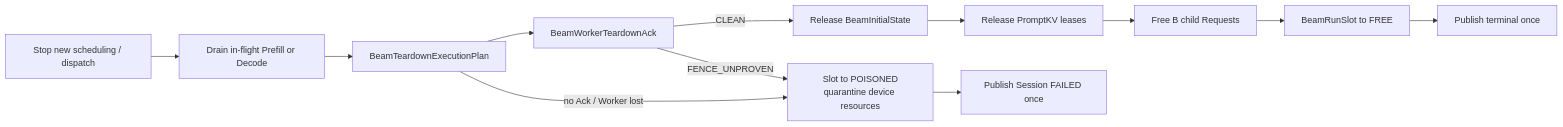
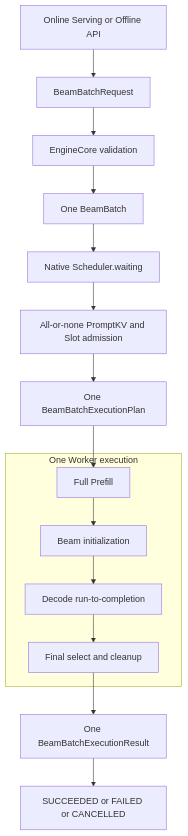
The ninth of 9 diagrams in vllm-GR/enginecore_to_scheduler_beam_scheduling_design.md (zhanghanleo10/gr-related), drawn with Mermaid before and after one commit. The commit also changed other lines of this file, not shown here.

Commit message:
docs: simplify Beam Batch scheduling

````diff
--- a/vllm-GR/enginecore_to_scheduler_beam_scheduling_design.md
+++ b/vllm-GR/enginecore_to_scheduler_beam_scheduling_design.md
@@ -1276,20 +2024,31 @@
 ```mermaid
-flowchart LR
-    STOP[Stop new scheduling / dispatch]
-    FENCE[Drain in-flight Prefill or Decode]
-    TEARDOWN[BeamTeardownExecutionPlan]
-    ACK[BeamWorkerTeardownAck]
-    STATE[Release BeamInitialState]
-    PROMPT[Release PromptKV leases]
-    CHILD[Free B child Requests]
-    SLOT[BeamRunSlot to FREE]
-    FINAL[Publish terminal once]
-    POISON[Slot to POISONED<br/>quarantine device resources]
-    FAIL[Publish Session FAILED once]
+flowchart TB
+    FRONT[Online Serving or Offline API]
+    REQUEST[BeamBatchRequest]
+    CHECK[EngineCore validation]
+    BATCH[One BeamBatch]
+    WAIT[Native Scheduler.waiting]
+    TX[All-or-none PromptKV and Slot admission]
+    PLAN[One BeamBatchExecutionPlan]
 
-    STOP --> FENCE --> TEARDOWN --> ACK
-    ACK -->|CLEAN| STATE
-    STATE --> PROMPT --> CHILD --> SLOT --> FINAL
-    ACK -->|FENCE_UNPROVEN| POISON --> FAIL
-    TEARDOWN -->|no Ack / Worker lost| POISON
+    subgraph ONE[One Worker execution]
+        PF[Full Prefill]
+        BI[Beam initialization]
+        DL[Decode run-to-completion]
+        FR[Final select and cleanup]
+        PF --> BI --> DL --> FR
+    end
+
+    RES[One BeamBatchExecutionResult]
+    TERM[SUCCEEDED or FAILED or CANCELLED]
+
+    FRONT --> REQUEST
+    REQUEST --> CHECK
+    CHECK --> BATCH
+    BATCH --> WAIT
+    WAIT --> TX
+    TX --> PLAN
+    PLAN --> PF
+    FR --> RES
+    RES --> TERM
 ```
````
